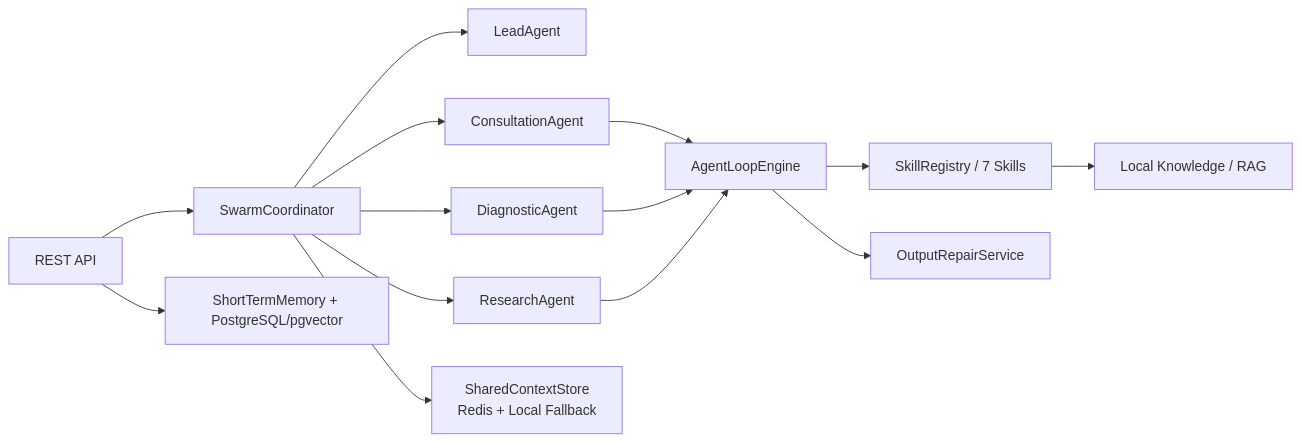
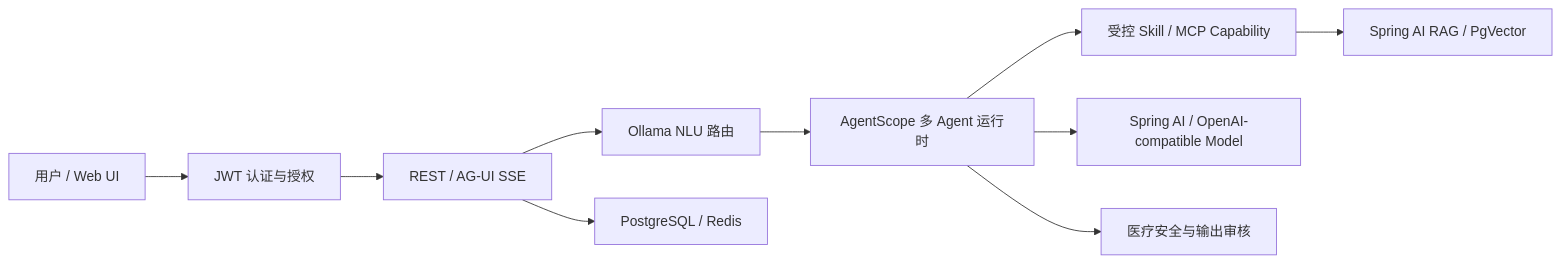
The diagram in README.md (Bess509/-_Autonomous-Agents), drawn with Mermaid before and after one commit. The commit also changed other lines of this file, not shown here.

````diff
--- a/README.md
+++ b/README.md
@@ -20,16 +20,12 @@
 ```mermaid
 flowchart LR
-    API["REST API"] --> Swarm["SwarmCoordinator"]
-    Swarm --> Lead["LeadAgent"]
-    Swarm --> C["ConsultationAgent"]
-    Swarm --> D["DiagnosticAgent"]
-    Swarm --> R["ResearchAgent"]
-    C --> Loop["AgentLoopEngine"]
-    D --> Loop
-    R --> Loop
-    Loop --> Skills["SkillRegistry / 7 Skills"]
-    Skills --> RAG["Local Knowledge / RAG"]
-    Swarm --> Context["SharedContextStore<br/>Redis + Local Fallback"]
-    API --> Memory["ShortTermMemory + PostgreSQL/pgvector"]
-    Loop --> Repair["OutputRepairService"]
+    User["用户 / Web UI"] --> Auth["JWT 认证与授权"]
+    Auth --> API["REST / AG-UI SSE"]
+    API --> NLU["Ollama NLU 路由"]
+    NLU --> Agents["AgentScope 多 Agent 运行时"]
+    Agents --> Tools["受控 Skill / MCP Capability"]
+    Agents --> Model["Spring AI / OpenAI-compatible Model"]
+    Tools --> RAG["Spring AI RAG / PgVector"]
+    API --> Data["PostgreSQL / Redis"]
+    Agents --> Safety["医疗安全与输出审核"]
 ```
````
